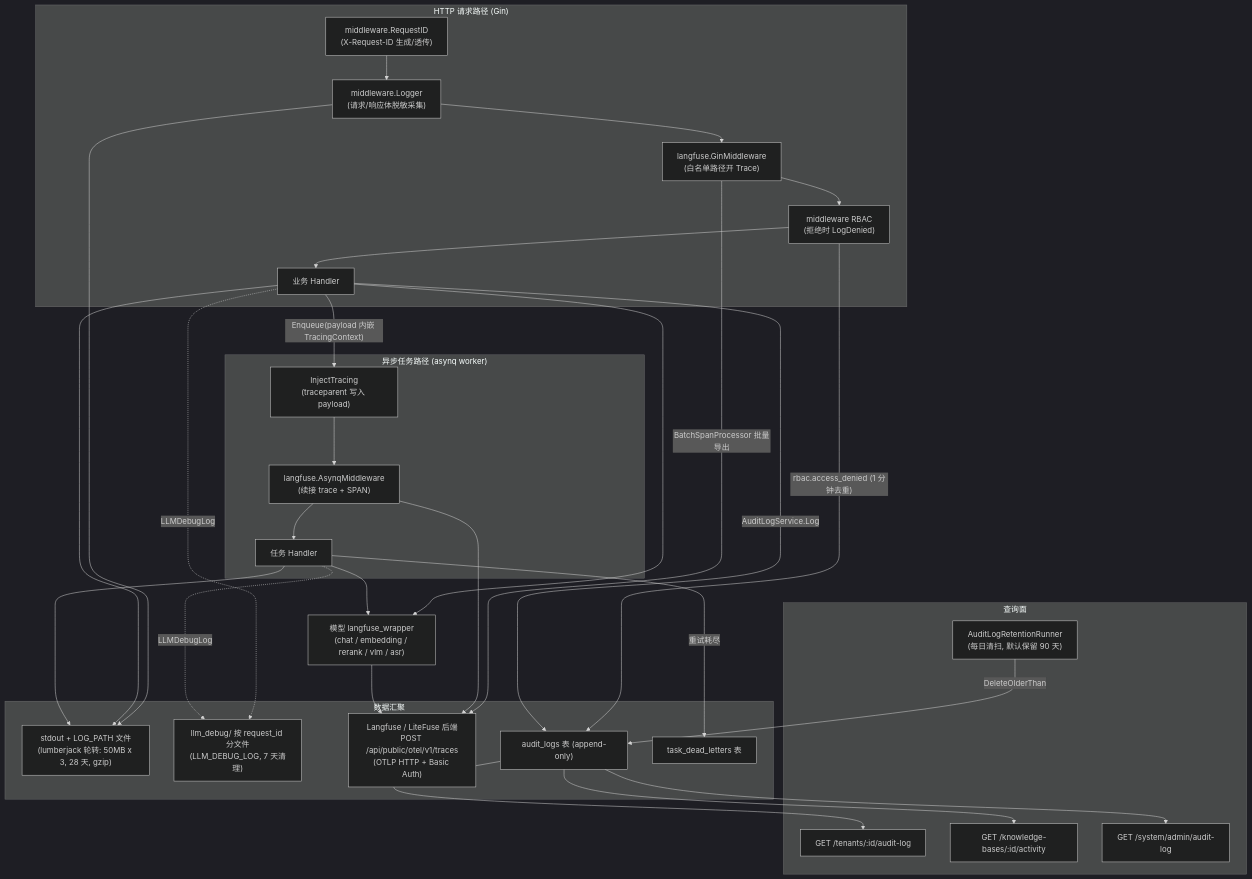
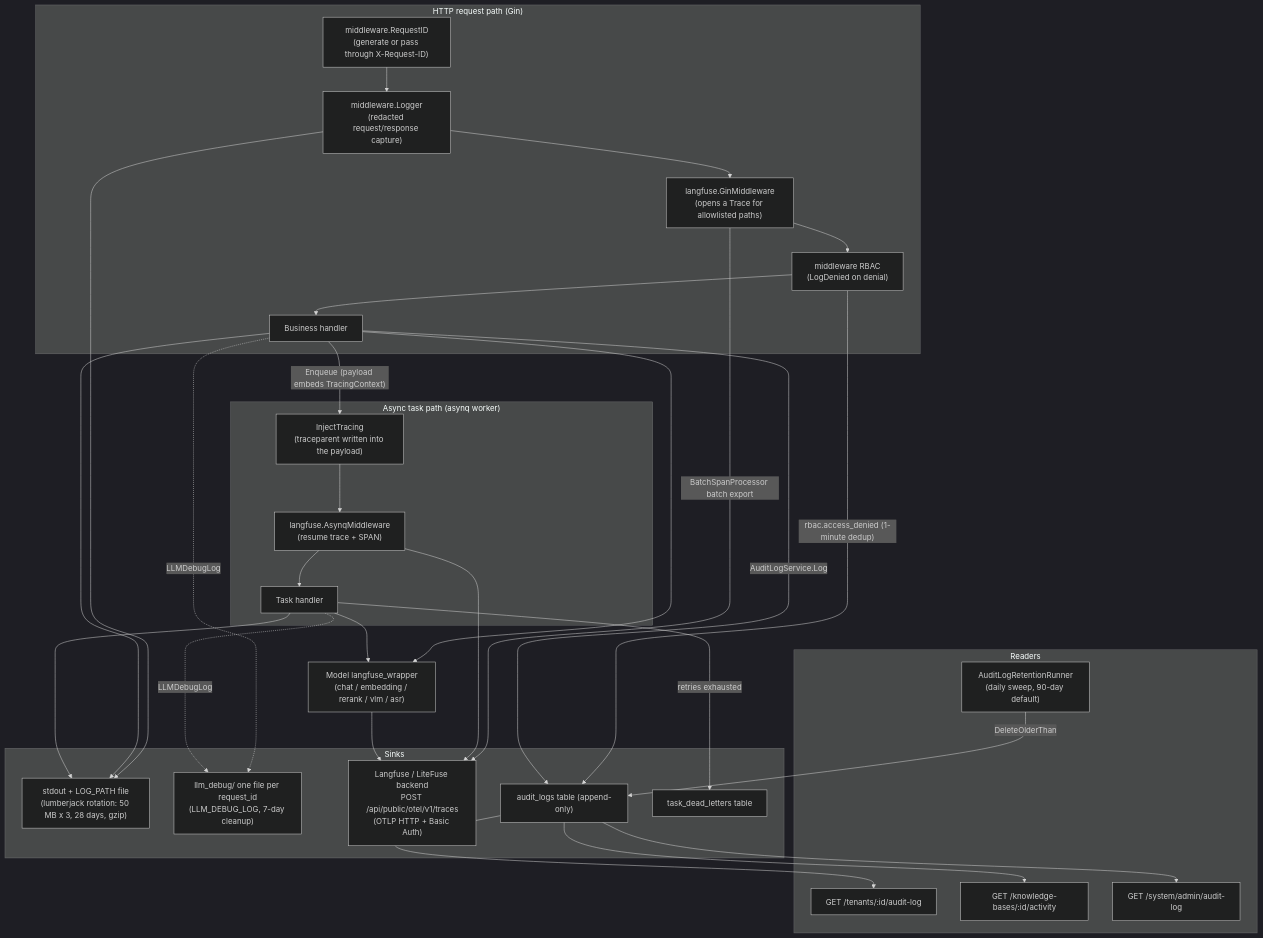
Before and after one commit to jrmatherly/ai-kb: the second of 2 diagrams in website-docs/03-features/16-observability.md, drawn with Mermaid (dark theme). The commit also changed other lines of this file and 5 other files, not shown here.

First line of the commit message:
docs(features): translate batch 2 (tenant auth, chunking, retrieval engines, data sources, observability)

````diff
--- a/website-docs/03-features/16-observability.md
+++ b/website-docs/03-features/16-observability.md
@@ -246,52 +252,52 @@
 ```mermaid
 flowchart TB
-    subgraph HTTP["HTTP 请求路径 (Gin)"]
-        RID["middleware.RequestID<br/>(X-Request-ID 生成/透传)"]
-        RLOG["middleware.Logger<br/>(请求/响应体脱敏采集)"]
-        LFMW["langfuse.GinMiddleware<br/>(白名单路径开 Trace)"]
-        RBAC["middleware RBAC<br/>(拒绝时 LogDenied)"]
-        H["业务 Handler"]
+    subgraph HTTP["HTTP request path (Gin)"]
+        RID["middleware.RequestID<br/>(generate or pass through X-Request-ID)"]
+        RLOG["middleware.Logger<br/>(redacted request/response capture)"]
+        LFMW["langfuse.GinMiddleware<br/>(opens a Trace for allowlisted paths)"]
+        RBAC["middleware RBAC<br/>(LogDenied on denial)"]
+        H["Business handler"]
         RID --> RLOG --> LFMW --> RBAC --> H
     end
 
-    subgraph ASYNC["异步任务路径 (asynq worker)"]
-        INJ["InjectTracing<br/>(traceparent 写入 payload)"]
-        AMW["langfuse.AsynqMiddleware<br/>(续接 trace + SPAN)"]
-        WH["任务 Handler"]
+    subgraph ASYNC["Async task path (asynq worker)"]
+        INJ["InjectTracing<br/>(traceparent written into the payload)"]
+        AMW["langfuse.AsynqMiddleware<br/>(resume trace + SPAN)"]
+        WH["Task handler"]
         INJ --> AMW --> WH
     end
-    H -->|"Enqueue(payload 内嵌 TracingContext)"| INJ
+    H -->|"Enqueue (payload embeds TracingContext)"| INJ
 
-    subgraph SINKS["数据汇聚"]
-        STDOUT["stdout + LOG_PATH 文件<br/>(lumberjack 轮转: 50MB x 3, 28 天, gzip)"]
-        LLMDBG["llm_debug/ 按 request_id 分文件<br/>(LLM_DEBUG_LOG, 7 天清理)"]
-        LFB["Langfuse / LiteFuse 后端<br/>POST /api/public/otel/v1/traces<br/>(OTLP HTTP + Basic Auth)"]
-        ADB["audit_logs 表 (append-only)"]
-        DLDB["task_dead_letters 表"]
+    subgraph SINKS["Sinks"]
+        STDOUT["stdout + LOG_PATH file<br/>(lumberjack rotation: 50 MB x 3, 28 days, gzip)"]
+        LLMDBG["llm_debug/ one file per request_id<br/>(LLM_DEBUG_LOG, 7-day cleanup)"]
+        LFB["Langfuse / LiteFuse backend<br/>POST /api/public/otel/v1/traces<br/>(OTLP HTTP + Basic Auth)"]
+        ADB["audit_logs table (append-only)"]
+        DLDB["task_dead_letters table"]
     end
 
     RLOG --> STDOUT
     H --> STDOUT
     WH --> STDOUT
     H -.->|"LLMDebugLog"| LLMDBG
     WH -.->|"LLMDebugLog"| LLMDBG
-    LFMW -->|"BatchSpanProcessor 批量导出"| LFB
+    LFMW -->|"BatchSpanProcessor batch export"| LFB
     AMW --> LFB
-    GEN["模型 langfuse_wrapper<br/>(chat / embedding / rerank / vlm / asr)"] --> LFB
+    GEN["Model langfuse_wrapper<br/>(chat / embedding / rerank / vlm / asr)"] --> LFB
     H --> GEN
     WH --> GEN
-    RBAC -->|"rbac.access_denied (1 分钟去重)"| ADB
+    RBAC -->|"rbac.access_denied (1-minute dedup)"| ADB
     H -->|"AuditLogService.Log"| ADB
-    WH -->|"重试耗尽"| DLDB
+    WH -->|"retries exhausted"| DLDB
 
-    subgraph READERS["查询面"]
+    subgraph READERS["Readers"]
         API1["GET /tenants/:id/audit-log"]
         API2["GET /knowledge-bases/:id/activity"]
         API3["GET /system/admin/audit-log"]
-        RET["AuditLogRetentionRunner<br/>(每日清扫, 默认保留 90 天)"]
+        RET["AuditLogRetentionRunner<br/>(daily sweep, 90-day default)"]
     end
     ADB --> API1
     ADB --> API2
     ADB --> API3
     RET -->|"DeleteOlderThan"| ADB
 ```
````
